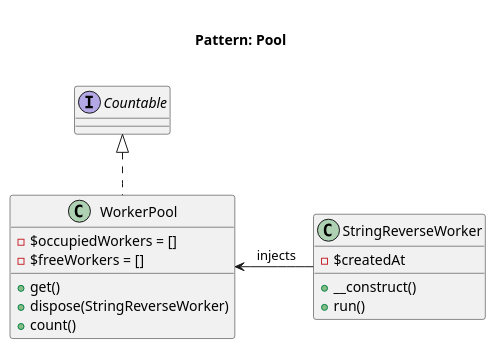
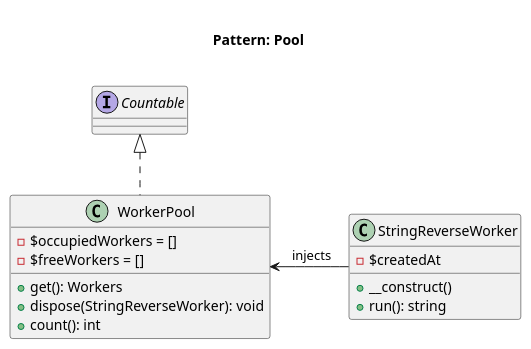
The diagram in patterns/creational/pool/domnikl/diagram.pu (rosselli/design-patterns-implemented.concepts), drawn with PlantUML before and after one commit. The commit also changed 4 other files, not shown here.

```diff
--- a/patterns/creational/pool/domnikl/diagram.pu
+++ b/patterns/creational/pool/domnikl/diagram.pu
@@ -1,20 +1,20 @@
 @startuml
     Title <size:20>\nPattern: Pool\n
 
 	class WorkerPool implements Countable {
 		- $occupiedWorkers = []
 		- $freeWorkers = []
-		+ get()
-		+ dispose(StringReverseWorker)
-		+ count()
+		+ get(): Workers
+		+ dispose(StringReverseWorker): void
+		+ count(): int
 	}
 
 	class StringReverseWorker {
 		- $createdAt
 		+  __construct()
-		+ run()
+		+ run(): string
 	}
 
 	StringReverseWorker -left-> WorkerPool: " injects"
 
 @enduml
```
